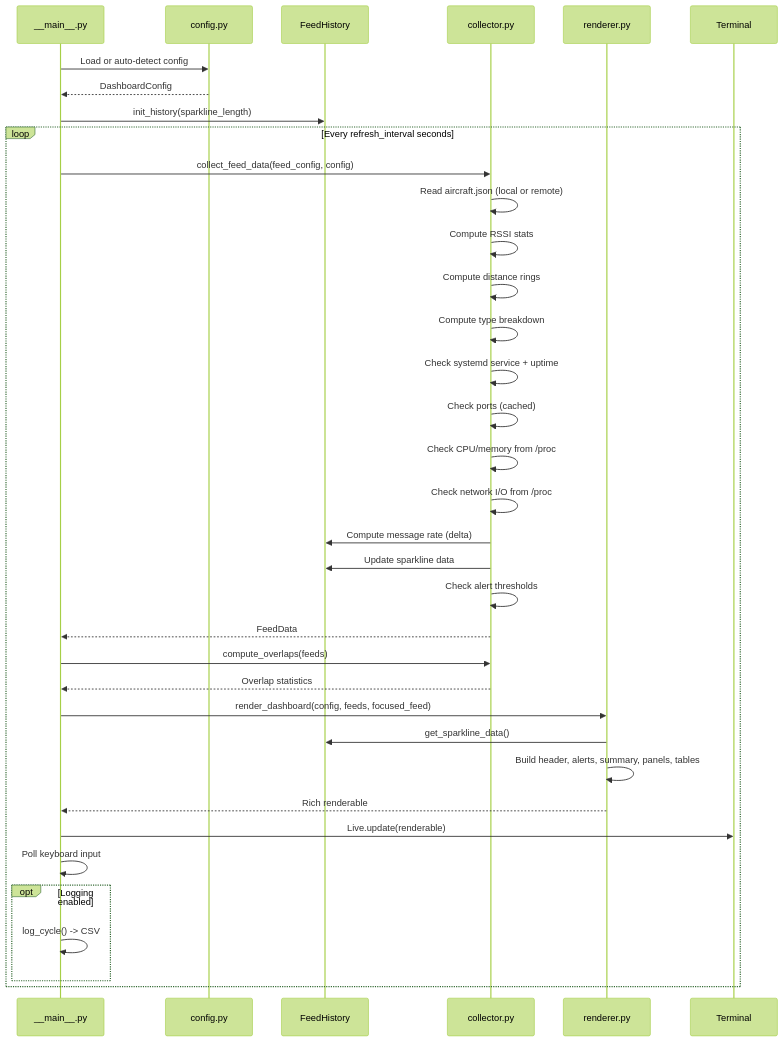
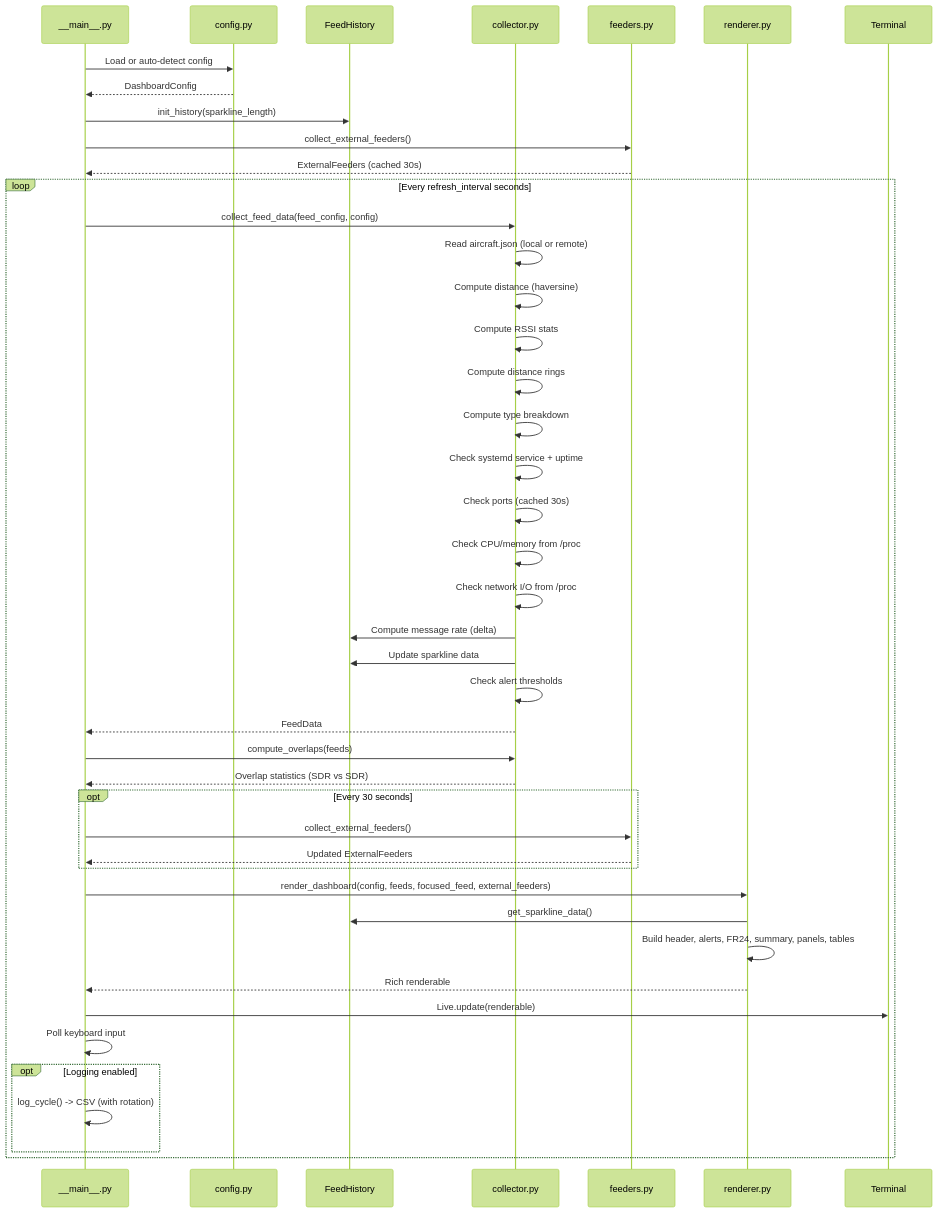
Before and after one commit to disappointingsupernova/readsb-feed-dashboard: the second of 5 diagrams in docs/architecture.md, drawn with Mermaid (forest theme). The commit also changed other lines of this file and 6 other files, not shown here.

````diff
--- a/docs/architecture.md
+++ b/docs/architecture.md
@@ -36,43 +40,52 @@
 ```mermaid
 sequenceDiagram
     participant Main as __main__.py
     participant Config as config.py
     participant History as FeedHistory
     participant Collector as collector.py
+    participant Feeders as feeders.py
     participant Renderer as renderer.py
     participant Term as Terminal
 
     Main->>Config: Load or auto-detect config
     Config-->>Main: DashboardConfig
     Main->>History: init_history(sparkline_length)
+    Main->>Feeders: collect_external_feeders()
+    Feeders-->>Main: ExternalFeeders (cached 30s)
 
     loop Every refresh_interval seconds
         Main->>Collector: collect_feed_data(feed_config, config)
         Collector->>Collector: Read aircraft.json (local or remote)
+        Collector->>Collector: Compute distance (haversine)
         Collector->>Collector: Compute RSSI stats
         Collector->>Collector: Compute distance rings
         Collector->>Collector: Compute type breakdown
         Collector->>Collector: Check systemd service + uptime
-        Collector->>Collector: Check ports (cached)
+        Collector->>Collector: Check ports (cached 30s)
         Collector->>Collector: Check CPU/memory from /proc
         Collector->>Collector: Check network I/O from /proc
         Collector->>History: Compute message rate (delta)
         Collector->>History: Update sparkline data
         Collector->>Collector: Check alert thresholds
         Collector-->>Main: FeedData
 
         Main->>Collector: compute_overlaps(feeds)
-        Collector-->>Main: Overlap statistics
+        Collector-->>Main: Overlap statistics (SDR vs SDR)
 
-        Main->>Renderer: render_dashboard(config, feeds, focused_feed)
+        opt Every 30 seconds
+            Main->>Feeders: collect_external_feeders()
+            Feeders-->>Main: Updated ExternalFeeders
+        end
+
+        Main->>Renderer: render_dashboard(config, feeds, focused_feed, external_feeders)
         Renderer->>History: get_sparkline_data()
-        Renderer->>Renderer: Build header, alerts, summary, panels, tables
+        Renderer->>Renderer: Build header, alerts, FR24, summary, panels, tables
         Renderer-->>Main: Rich renderable
 
         Main->>Term: Live.update(renderable)
         Main->>Main: Poll keyboard input
         opt Logging enabled
-            Main->>Main: log_cycle() -> CSV
+            Main->>Main: log_cycle() -> CSV (with rotation)
         end
     end
 ```
````
